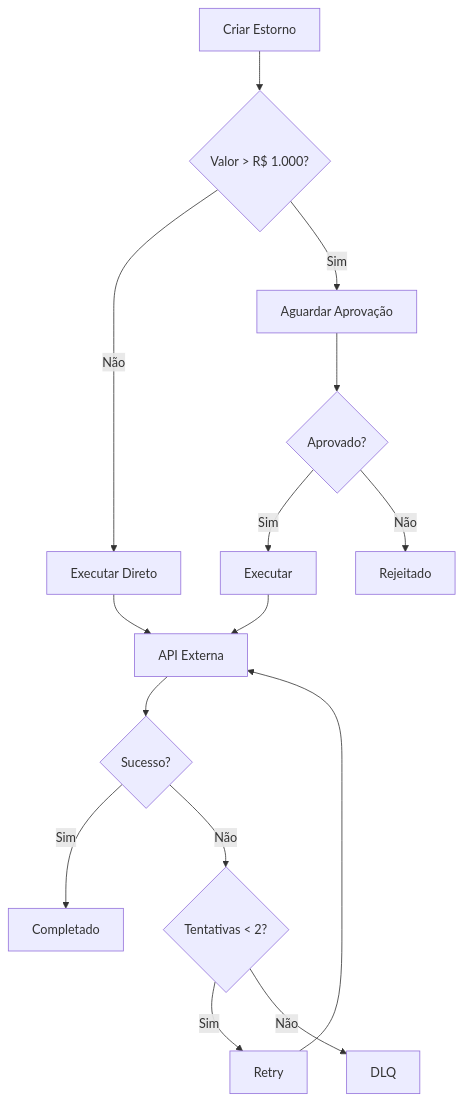
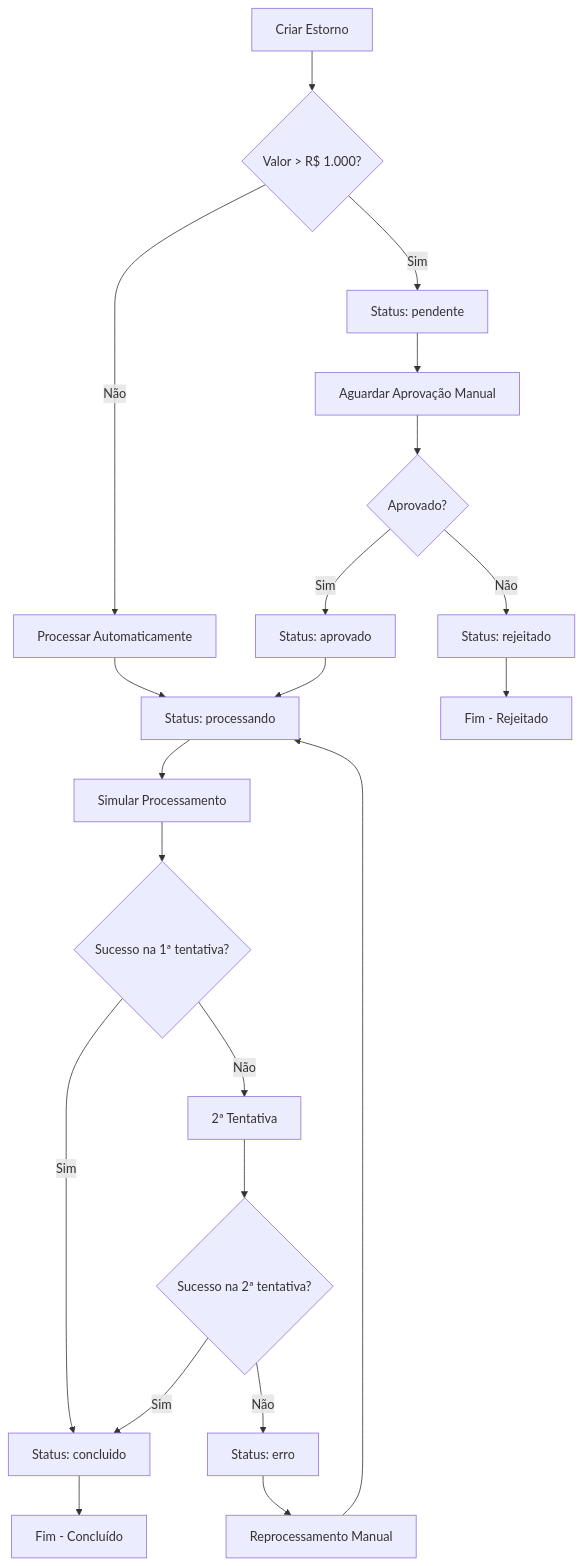
One commit to viniciusbertoquintino/viniciusbertoquintino changed the first of 2 diagrams in KPMG-Desafios-GenAI-Vinicius-Berto-Quintino/A3/Diagramas.md. Above: the diagram before and after it, drawn with Mermaid. The commit also changed other lines of this file, not shown here.

````diff
--- a/KPMG-Desafios-GenAI-Vinicius-Berto-Quintino/A3/Diagramas.md
+++ b/KPMG-Desafios-GenAI-Vinicius-Berto-Quintino/A3/Diagramas.md
@@ -5,17 +5,23 @@
 ```mermaid
 flowchart TD
     A[Criar Estorno] --> B{Valor > R$ 1.000?}
-    B -->|Não| C[Executar Direto]
-    B -->|Sim| D[Aguardar Aprovação]
-    D --> E{Aprovado?}
-    E -->|Sim| F[Executar]
-    E -->|Não| G[Rejeitado]
-    F --> H[API Externa]
-    C --> H
-    H --> I{Sucesso?}
-    I -->|Sim| J[Completado]
-    I -->|Não| K{Tentativas < 2?}
-    K -->|Sim| L[Retry]
-    K -->|Não| M[DLQ]
-    L --> H
+    B -->|Não| C[Processar Automaticamente]
+    B -->|Sim| D[Status: pendente]
+    D --> E[Aguardar Aprovação Manual]
+    E --> F{Aprovado?}
+    F -->|Sim| G[Status: aprovado]
+    F -->|Não| H[Status: rejeitado]
+    G --> I[Status: processando]
+    C --> I
+    I --> J[Simular Processamento]
+    J --> K{Sucesso na 1ª tentativa?}
+    K -->|Sim| L[Status: concluido]
+    K -->|Não| M[2ª Tentativa]
+    M --> N{Sucesso na 2ª tentativa?}
+    N -->|Sim| L
+    N -->|Não| O[Status: erro]
+    O --> P[Reprocessamento Manual]
+    P --> I
+    H --> Q[Fim - Rejeitado]
+    L --> R[Fim - Concluído]
 ```
````
